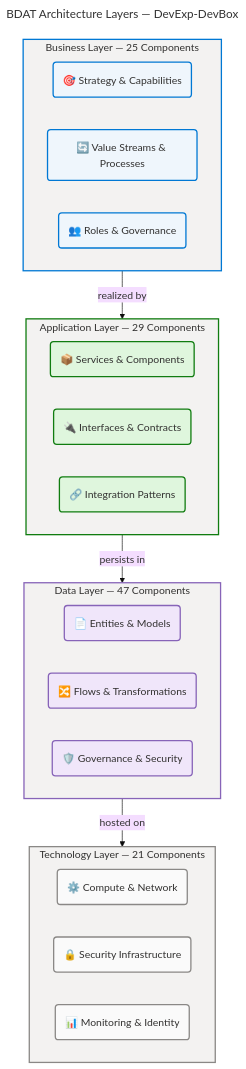
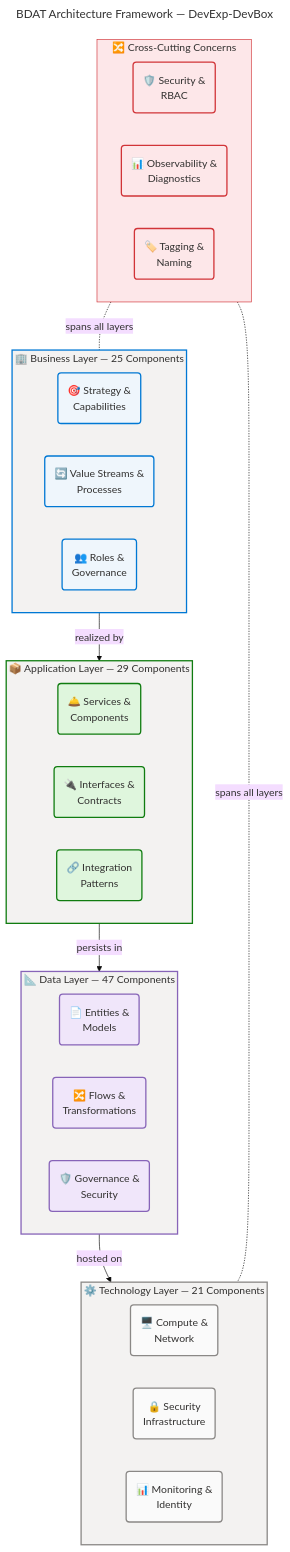
The diagram in docs/architecture/README.md (Evilazaro/DevExp-DevBox), drawn with Mermaid before and after one commit. The commit also changed other lines of this file, not shown here.

Commit message:
feat: update architecture documentation to enhance clarity and traceability across BDAT layers

````diff
--- a/docs/architecture/README.md
+++ b/docs/architecture/README.md
@@ -41,58 +59,69 @@
 ```mermaid
 ---
-title: BDAT Architecture Layers — DevExp-DevBox
+title: BDAT Architecture Framework — DevExp-DevBox
 config:
   theme: base
   look: classic
   layout: dagre
   themeVariables:
     fontSize: '16px'
   flowchart:
     htmlLabels: true
 ---
 flowchart TB
-    accTitle: BDAT Architecture Layers — DevExp-DevBox
-    accDescr: Shows the four BDAT architecture layers and their key concerns for the DevExp-DevBox platform
+    accTitle: BDAT Architecture Framework — DevExp-DevBox
+    accDescr: Shows the four BDAT architecture layers, their key questions, component types, and vertical traceability relationships for the DevExp-DevBox platform
 
-    subgraph business["Business Layer — 25 Components"]
+    subgraph business["🏢 Business Layer — 25 Components"]
         direction LR
-        B1("🎯 Strategy & Capabilities"):::core
-        B2("🔄 Value Streams & Processes"):::core
-        B3("👥 Roles & Governance"):::core
+        B1("🎯 Strategy &<br/>Capabilities"):::core
+        B2("🔄 Value Streams &<br/>Processes"):::core
+        B3("👥 Roles &<br/>Governance"):::core
     end
 
-    subgraph application["Application Layer — 29 Components"]
+    subgraph application["📦 Application Layer — 29 Components"]
         direction LR
-        A1("📦 Services & Components"):::success
-        A2("🔌 Interfaces & Contracts"):::success
-        A3("🔗 Integration Patterns"):::success
+        A1("🛎️ Services &<br/>Components"):::success
+        A2("🔌 Interfaces &<br/>Contracts"):::success
+        A3("🔗 Integration<br/>Patterns"):::success
     end
 
-    subgraph data["Data Layer — 47 Components"]
+    subgraph data["📐 Data Layer — 47 Components"]
         direction LR
-        D1("📄 Entities & Models"):::data
-        D2("🔀 Flows & Transformations"):::data
-        D3("🛡️ Governance & Security"):::data
+        D1("📄 Entities &<br/>Models"):::data
+        D2("🔀 Flows &<br/>Transformations"):::data
+        D3("🛡️ Governance &<br/>Security"):::data
     end
 
-    subgraph technology["Technology Layer — 21 Components"]
+    subgraph technology["⚙️ Technology Layer — 21 Components"]
         direction LR
-        T1("⚙️ Compute & Network"):::neutral
-        T2("🔒 Security Infrastructure"):::neutral
-        T3("📊 Monitoring & Identity"):::neutral
+        T1("🖥️ Compute &<br/>Network"):::neutral
+        T2("🔒 Security<br/>Infrastructure"):::neutral
+        T3("📊 Monitoring &<br/>Identity"):::neutral
+    end
+
+    subgraph crosscut["🔀 Cross-Cutting Concerns"]
+        direction LR
+        CC1("🛡️ Security &<br/>RBAC"):::danger
+        CC2("📊 Observability &<br/>Diagnostics"):::danger
+        CC3("🏷️ Tagging &<br/>Naming"):::danger
     end
 
     business -->|"realized by"| application
     application -->|"persists in"| data
     data -->|"hosted on"| technology
+    crosscut -.-|"spans all layers"| business
+    crosscut -.-|"spans all layers"| technology
 
     classDef core fill:#EFF6FC,stroke:#0078D4,stroke-width:2px,color:#323130
     classDef success fill:#DFF6DD,stroke:#107C10,stroke-width:2px,color:#323130
     classDef data fill:#F0E6FA,stroke:#8764B8,stroke-width:2px,color:#323130
     classDef neutral fill:#FAFAFA,stroke:#8A8886,stroke-width:2px,color:#323130
+    classDef danger fill:#FDE7E9,stroke:#D13438,stroke-width:2px,color:#323130
 
     style business fill:#F3F2F1,stroke:#0078D4,stroke-width:2px,color:#323130
     style application fill:#F3F2F1,stroke:#107C10,stroke-width:2px,color:#323130
     style data fill:#F3F2F1,stroke:#8764B8,stroke-width:2px,color:#323130
     style technology fill:#F3F2F1,stroke:#8A8886,stroke-width:2px,color:#323130
+    style crosscut fill:#FDE7E9,stroke:#D13438,stroke-width:1px,color:#323130
 ```
````
